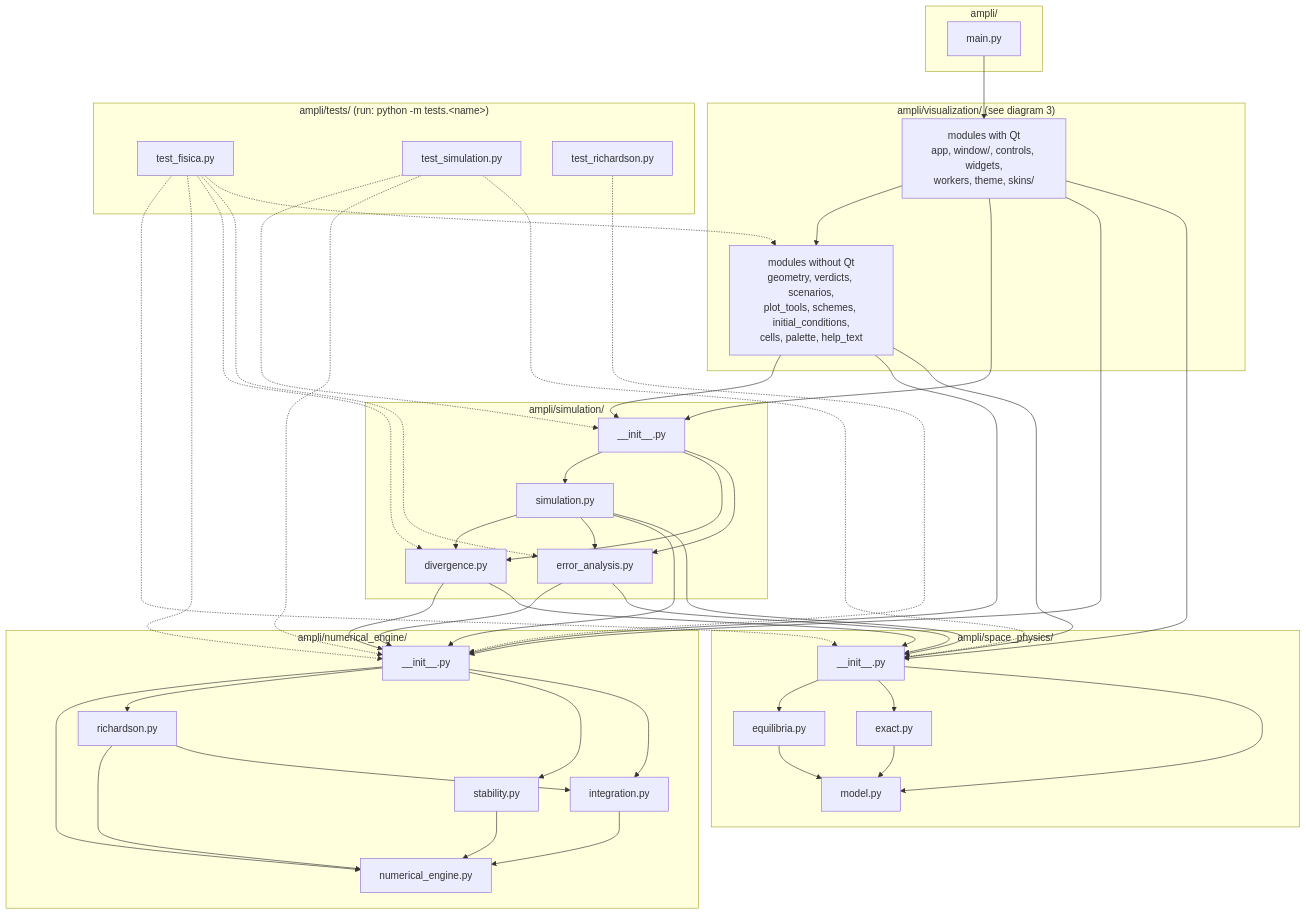
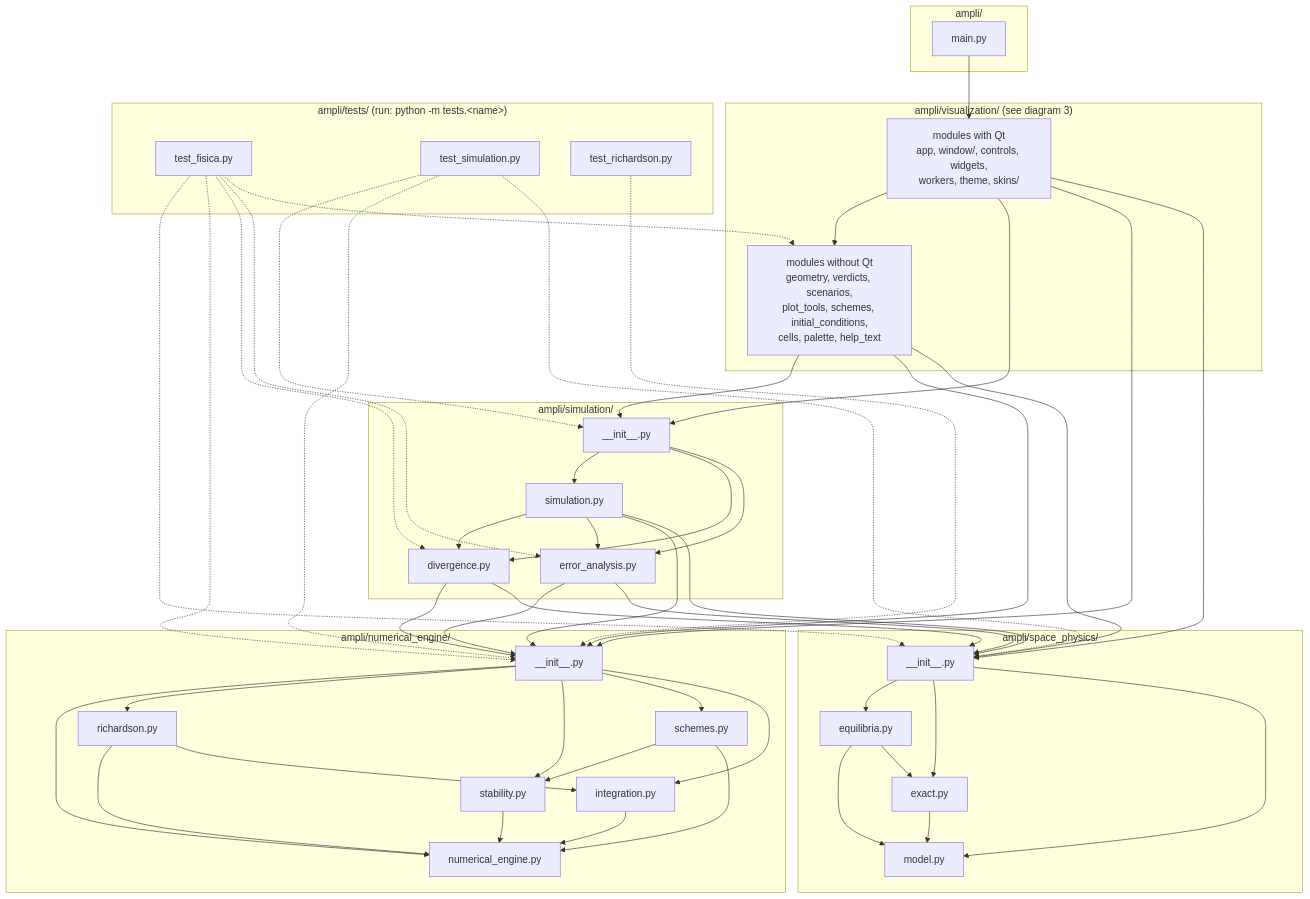
Before and after one commit to nuriasantamaria/grupo-4---integrantes-Beatriz-Sanz-Nuria-Santamaria-Juanjo-Campillo: the second of 3 diagrams in read me/FLOWCHART.md, drawn with Mermaid. The commit also changed other lines of this file and 15 other files, not shown here.

Commit message:
diagramas de spaghetti_code, modularidad en la gui, adición de schemes como módulo independiente (revisar)

````diff
--- a/read me/FLOWCHART.md
+++ b/read me/FLOWCHART.md
@@ -82,73 +82,75 @@
 ```mermaid
 flowchart TD
     subgraph ROOT["ampli/"]
         MAIN["main.py"]
     end
 
     subgraph VIS["ampli/visualization/ (see diagram 3)"]
         V_QT["modules with Qt<br/>app, window/, controls, widgets,<br/>workers, theme, skins/"]
         V_PURE["modules without Qt<br/>geometry, verdicts, scenarios,<br/>plot_tools, schemes, initial_conditions,<br/>cells, palette, help_text"]
     end
 
     subgraph SIM["ampli/simulation/"]
         S_INIT["__init__.py"]
         S_SIM["simulation.py"]
         S_DIV["divergence.py"]
         S_ERR["error_analysis.py"]
     end
 
     subgraph ENG["ampli/numerical_engine/"]
         E_INIT["__init__.py"]
         E_RICH["richardson.py"]
         E_STAB["stability.py"]
+        E_SCH["schemes.py"]
         E_INT["integration.py"]
         E_NE["numerical_engine.py"]
     end
 
     subgraph PHYS["ampli/space_physics/"]
         P_INIT["__init__.py"]
         P_EQ["equilibria.py"]
         P_EX["exact.py"]
         P_MOD["model.py"]
     end
 
     subgraph TESTS["ampli/tests/ (run: python -m tests.&lt;name&gt;)"]
         T_FIS["test_fisica.py"]
         T_SIM["test_simulation.py"]
         T_RICH["test_richardson.py"]
     end
 
     MAIN --> V_QT
     V_QT --> V_PURE
     V_QT --> S_INIT
     V_QT --> E_INIT
     V_QT --> P_INIT
     V_PURE --> S_INIT
     V_PURE --> E_INIT
     V_PURE --> P_INIT
 
     S_INIT --> S_SIM
     S_INIT --> S_DIV
     S_INIT --> S_ERR
     S_SIM --> S_DIV
     S_SIM --> S_ERR
     S_SIM --> E_INIT
     S_SIM --> P_INIT
     S_DIV --> E_INIT
     S_DIV --> P_INIT
     S_ERR --> E_INIT
     S_ERR --> P_INIT
 
-    E_INIT --> E_NE & E_RICH & E_STAB & E_INT
+    E_INIT --> E_NE & E_RICH & E_STAB & E_SCH & E_INT
     E_RICH --> E_NE & E_INT
     E_STAB --> E_NE
+    E_SCH --> E_STAB & E_NE
     E_INT --> E_NE
 
     P_INIT --> P_EQ & P_EX & P_MOD
-    P_EQ --> P_MOD
+    P_EQ --> P_MOD & P_EX
     P_EX --> P_MOD
 
     T_FIS -.-> P_INIT & E_INIT & S_DIV & S_ERR & V_PURE
     T_SIM -.-> S_INIT & E_INIT & P_INIT
     T_RICH -.-> E_INIT
 ```
````
